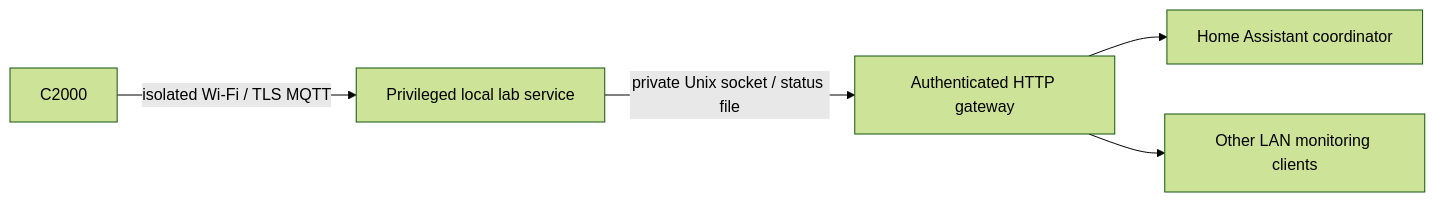
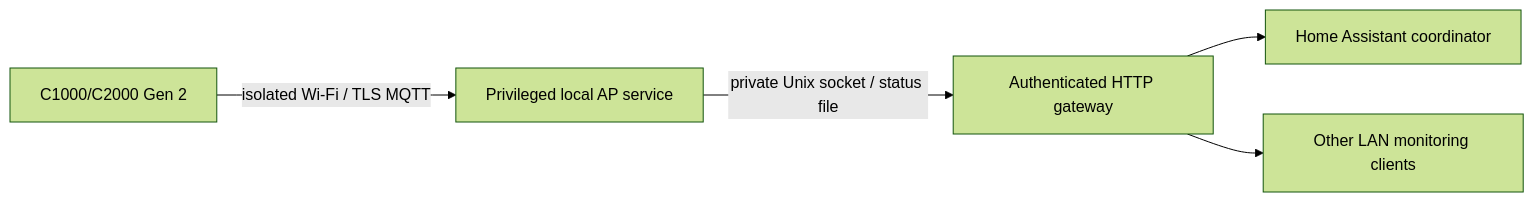
The diagram in docs/gateway-home-assistant.md (arselzer/solix-bluetooth), drawn with Mermaid (forest theme) before and after one commit. The commit also changed other lines of this file and 46 other files, not shown here.

Commit message:
Add local C1000 MQTT controls and improve terminal dashboard

````diff
--- a/docs/gateway-home-assistant.md
+++ b/docs/gateway-home-assistant.md
@@ -7,7 +7,7 @@
 ```mermaid
 flowchart LR
-    Station[C2000] -->|isolated Wi-Fi / TLS MQTT| Lab[Privileged local lab service]
-    Lab -->|private Unix socket / status file| Gateway[Authenticated HTTP gateway]
+    Station[C1000/C2000 Gen 2] -->|isolated Wi-Fi / TLS MQTT| APService[Privileged local AP service]
+    APService -->|private Unix socket / status file| Gateway[Authenticated HTTP gateway]
     Gateway --> HA[Home Assistant coordinator]
     Gateway --> Clients[Other LAN monitoring clients]
 ```
````
